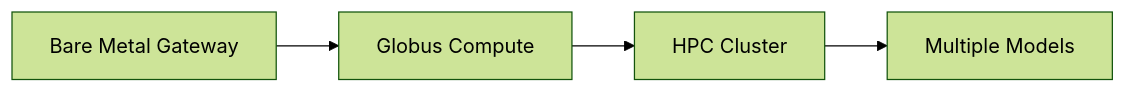
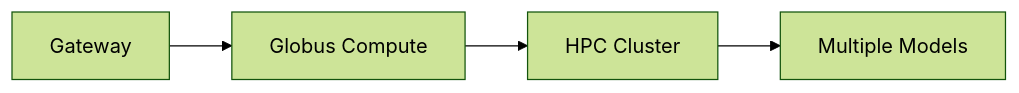
Before and after one commit to auroraGPT-ANL/inference-gateway: the second of 3 diagrams in docs/admin-guide/index.md, drawn with Mermaid (forest theme). The commit also changed other lines of this file and 14 other files, not shown here.

````diff
--- a/docs/admin-guide/index.md
+++ b/docs/admin-guide/index.md
@@ -106,6 +106,6 @@
 ```mermaid
 graph LR
-    A[Bare Metal Gateway] --> B[Globus Compute]
+    A[Gateway] --> B[Globus Compute]
     B --> C[HPC Cluster]
     C --> D[Multiple Models]
 ```
````
